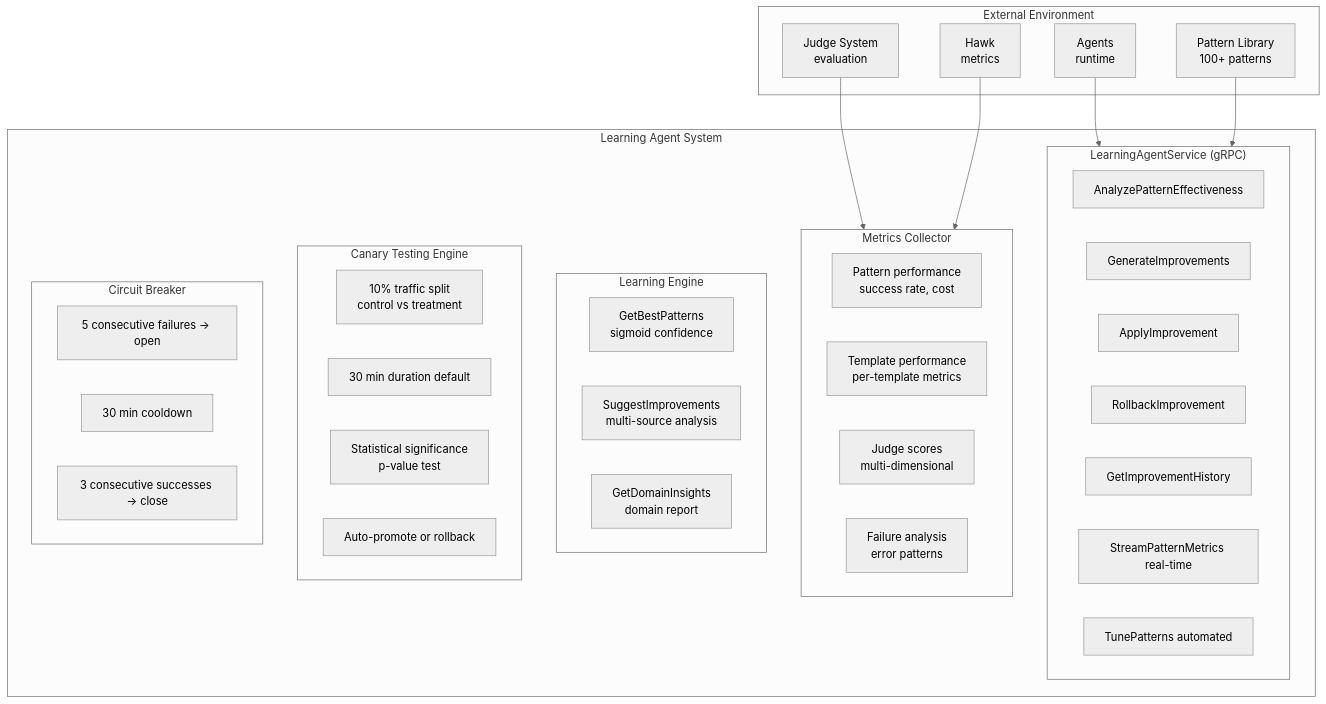
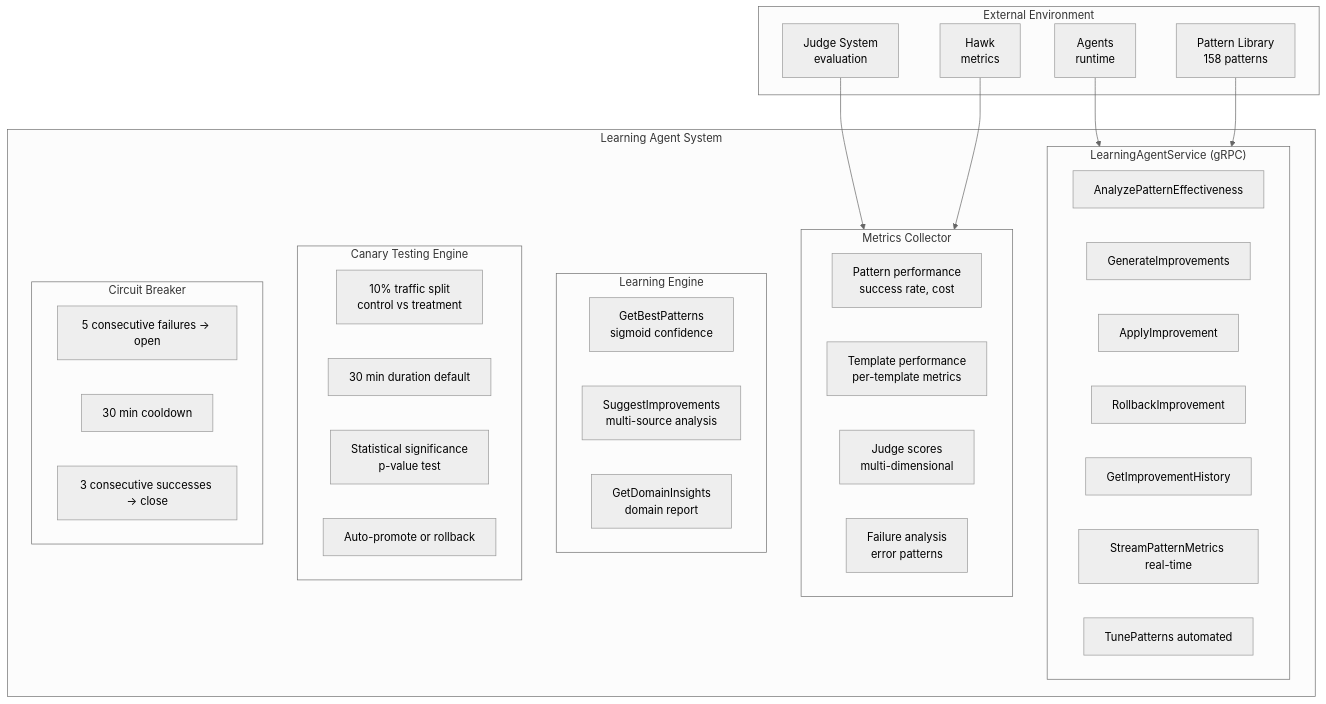
Before and after one commit to teradata-labs/loom: the diagram in docs/architecture/learning-agent.md, drawn with Mermaid (neutral theme). The commit also changed other lines of this file and 113 other files, not shown here.

````diff
--- a/docs/architecture/learning-agent.md
+++ b/docs/architecture/learning-agent.md
@@ -98,52 +98,52 @@
 ```mermaid
 graph TB
     subgraph External["External Environment"]
         Agents[Agents<br/>runtime]
-        PatternLib[Pattern Library<br/>100+ patterns]
+        PatternLib[Pattern Library<br/>158 patterns]
         JudgeSystem[Judge System<br/>evaluation]
         Hawk[Hawk<br/>metrics]
     end
 
     subgraph LearningSystem["Learning Agent System"]
         subgraph Service["LearningAgentService (gRPC)"]
             Analyze[AnalyzePatternEffectiveness]
             Generate[GenerateImprovements]
             Apply[ApplyImprovement]
             Rollback[RollbackImprovement]
             History[GetImprovementHistory]
             Stream[StreamPatternMetrics real-time]
             Tune[TunePatterns automated]
         end
 
         subgraph Metrics["Metrics Collector"]
             PatternPerf[Pattern performance<br/>success rate, cost]
             TemplatePerf[Template performance<br/>per-template metrics]
             JudgeScores[Judge scores<br/>multi-dimensional]
             FailureAnalysis[Failure analysis<br/>error patterns]
         end
 
         subgraph Engine["Learning Engine"]
             BestPatterns[GetBestPatterns<br/>sigmoid confidence]
             Suggest[SuggestImprovements<br/>multi-source analysis]
             Insights[GetDomainInsights<br/>domain report]
         end
 
         subgraph Canary["Canary Testing Engine"]
             Split[10% traffic split<br/>control vs treatment]
             Duration[30 min duration default]
             StatTest[Statistical significance<br/>p-value test]
             AutoPromote[Auto-promote or rollback]
         end
 
         subgraph CircuitBreaker["Circuit Breaker"]
             FailThreshold[5 consecutive failures → open]
             Cooldown[30 min cooldown]
             SuccessThreshold[3 consecutive successes → close]
         end
     end
 
     Agents --> Service
     PatternLib --> Service
     JudgeSystem --> Metrics
     Hawk --> Metrics
 ```
````
